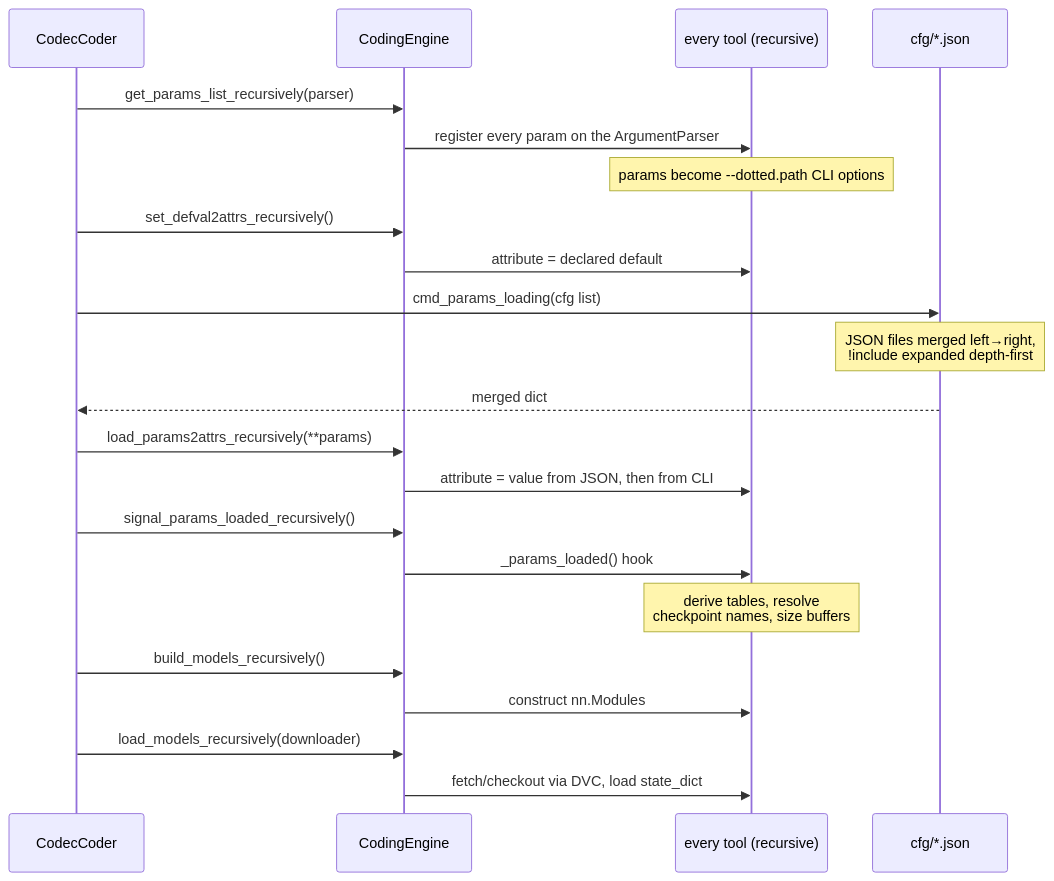
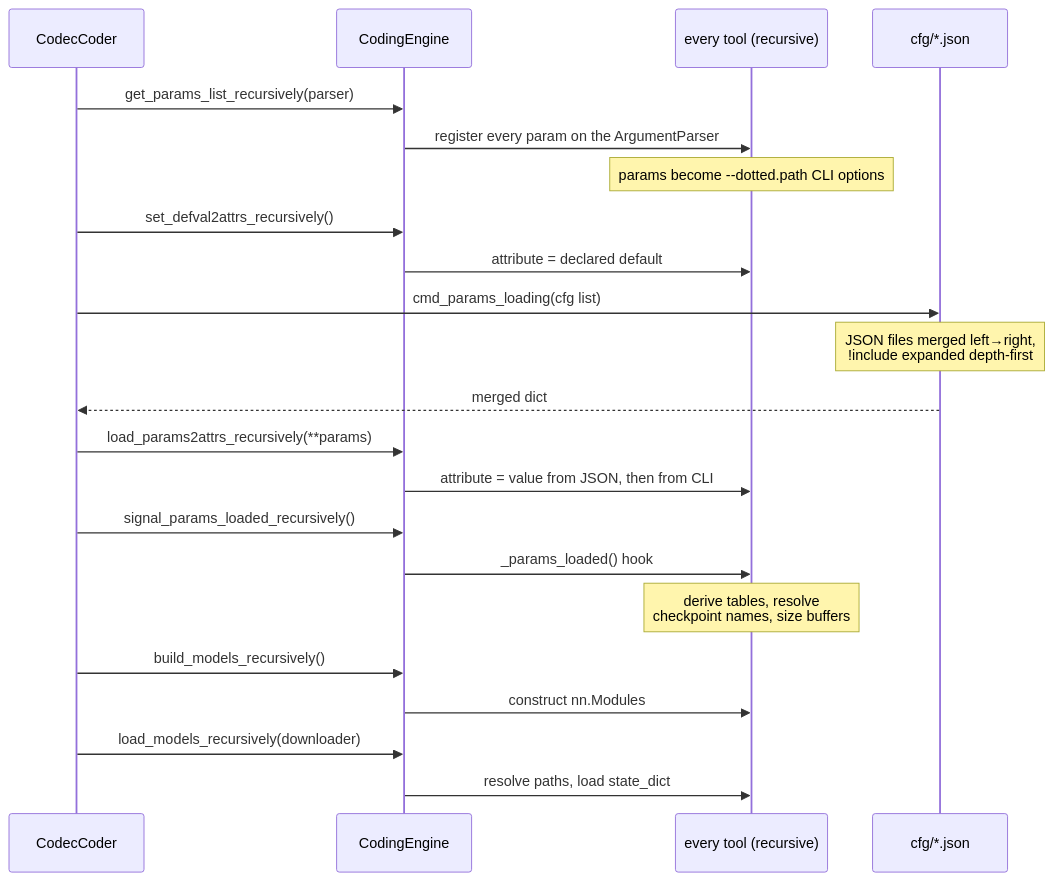
Before and after one commit to akarabutov/jpeg-ai-reference-software: the third of 3 diagrams in docs/architecture/02-core-architecture.md, drawn with Mermaid. The commit also changed 7 other files, not shown here.

````diff
--- a/docs/architecture/02-core-architecture.md
+++ b/docs/architecture/02-core-architecture.md
@@ -180,29 +180,29 @@
 ```mermaid
 sequenceDiagram
     participant Coder as CodecCoder
     participant CE as CodingEngine
     participant Tools as every tool (recursive)
     participant Files as cfg/*.json
 
     Coder->>CE: get_params_list_recursively(parser)
     CE->>Tools: register every param on the ArgumentParser
     Note over Tools: params become --dotted.path CLI options
 
     Coder->>CE: set_defval2attrs_recursively()
     CE->>Tools: attribute = declared default
 
     Coder->>Files: cmd_params_loading(cfg list)
     Note over Files: JSON files merged left→right,<br/>!include expanded depth-first
     Files-->>Coder: merged dict
     Coder->>CE: load_params2attrs_recursively(**params)
     CE->>Tools: attribute = value from JSON, then from CLI
 
     Coder->>CE: signal_params_loaded_recursively()
     CE->>Tools: _params_loaded() hook
     Note over Tools: derive tables, resolve<br/>checkpoint names, size buffers
 
     Coder->>CE: build_models_recursively()
     CE->>Tools: construct nn.Modules
     Coder->>CE: load_models_recursively(downloader)
-    CE->>Tools: fetch/checkout via DVC, load state_dict
+    CE->>Tools: resolve paths, load state_dict
 ```
````
